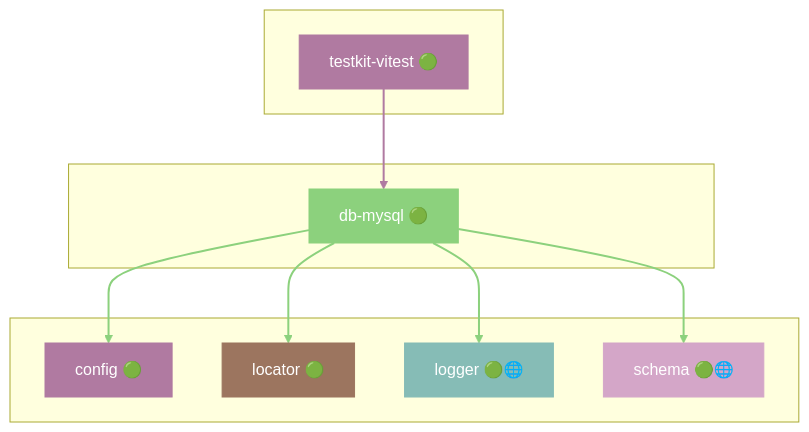
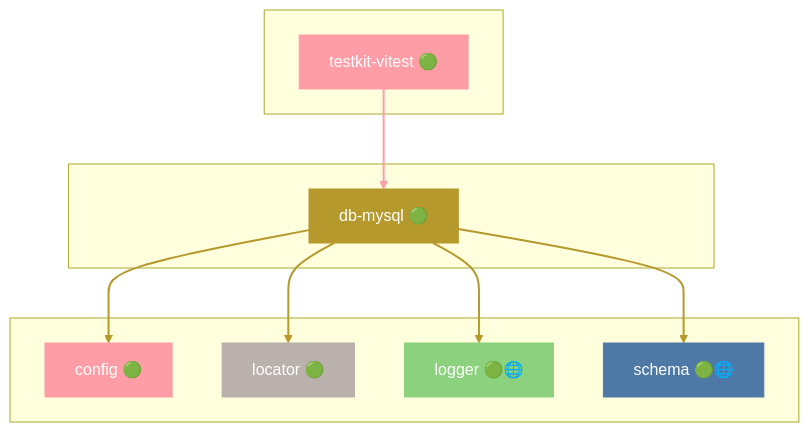
One commit to grest-ts/grest-ts changed diagram 14 of 48 in docs/DEPENDENCIES.md. Above: the diagram before and after it, drawn with Mermaid. The commit also changed other lines of this file and 62 other files, not shown here.

````diff
--- a/docs/DEPENDENCIES.md
+++ b/docs/DEPENDENCIES.md
@@ -851,31 +891,31 @@
 ```mermaid
 flowchart TB
     subgraph Dependents[" "]
         testkit-vitest["testkit-vitest 🟢"]
     end
     subgraph Package[" "]
         db-mysql["db-mysql 🟢"]
     end
     subgraph Dependencies[" "]
         config["config 🟢"]
         locator["locator 🟢"]
         logger["logger 🟢🌐"]
         schema["schema 🟢🌐"]
     end
     testkit-vitest --> db-mysql
     db-mysql --> config
     db-mysql --> locator
     db-mysql --> logger
     db-mysql --> schema
-    style db-mysql fill:#8CD17D,stroke:#8CD17D,color:#fff
-    style testkit-vitest fill:#B07AA1,stroke:#B07AA1,color:#fff
-    style config fill:#B07AA1,stroke:#B07AA1,color:#fff
-    style locator fill:#9C755F,stroke:#9C755F,color:#fff
-    style logger fill:#86BCB6,stroke:#86BCB6,color:#fff
-    style schema fill:#D4A6C8,stroke:#D4A6C8,color:#fff
-    linkStyle 0 stroke:#B07AA1,stroke-width:2px
-    linkStyle 1 stroke:#8CD17D,stroke-width:2px
-    linkStyle 2 stroke:#8CD17D,stroke-width:2px
-    linkStyle 3 stroke:#8CD17D,stroke-width:2px
-    linkStyle 4 stroke:#8CD17D,stroke-width:2px
+    style db-mysql fill:#B6992D,stroke:#B6992D,color:#fff
+    style testkit-vitest fill:#FF9DA7,stroke:#FF9DA7,color:#fff
+    style config fill:#FF9DA7,stroke:#FF9DA7,color:#fff
+    style locator fill:#BAB0AC,stroke:#BAB0AC,color:#fff
+    style logger fill:#8CD17D,stroke:#8CD17D,color:#fff
+    style schema fill:#4E79A7,stroke:#4E79A7,color:#fff
+    linkStyle 0 stroke:#FF9DA7,stroke-width:2px
+    linkStyle 1 stroke:#B6992D,stroke-width:2px
+    linkStyle 2 stroke:#B6992D,stroke-width:2px
+    linkStyle 3 stroke:#B6992D,stroke-width:2px
+    linkStyle 4 stroke:#B6992D,stroke-width:2px
 ```
````
